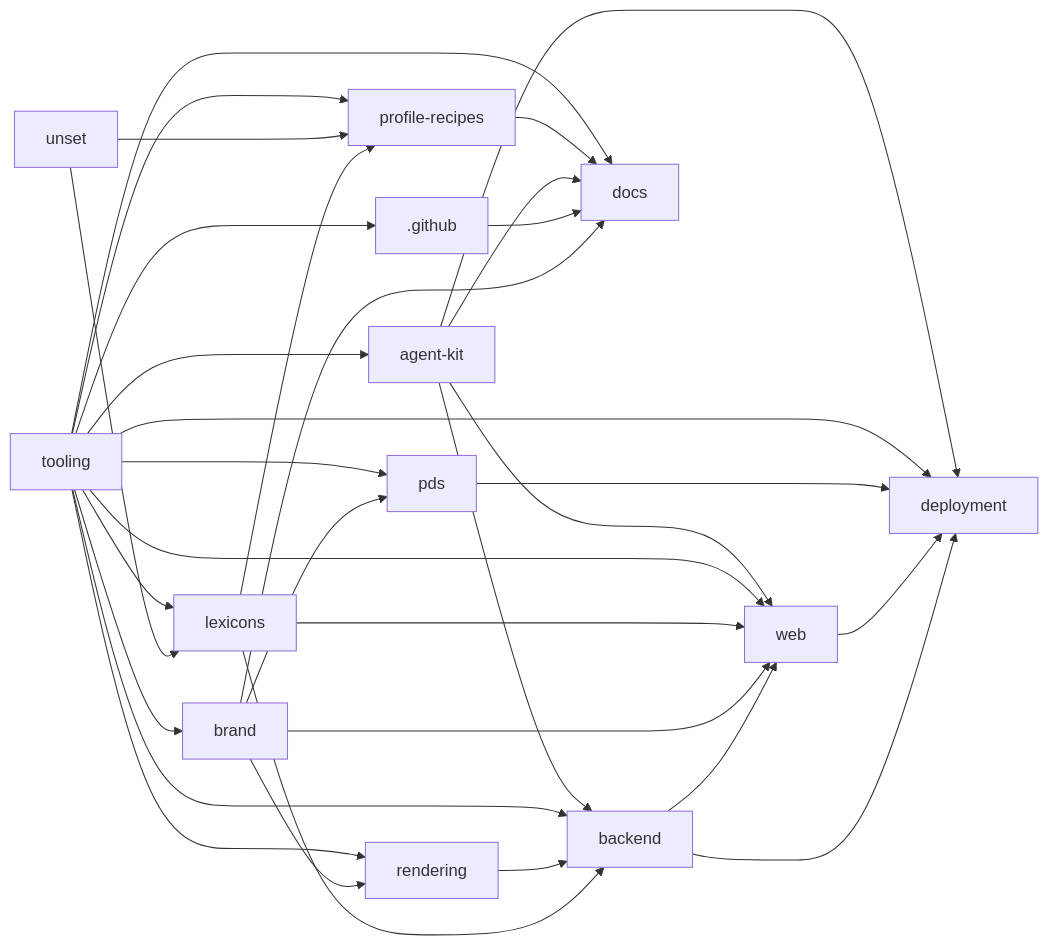
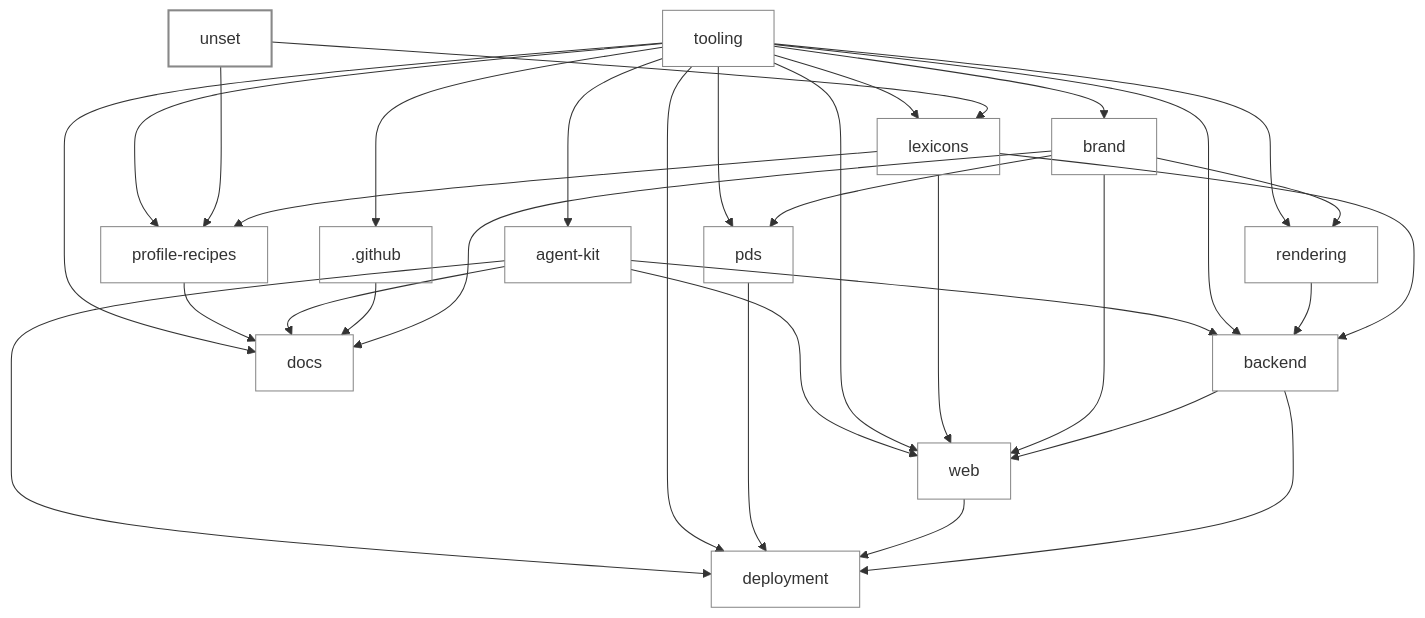
Before and after one commit to unset-sh/.github: the diagram in MAP.md, drawn with Mermaid. The commit also changed other lines of this file and 18 other files, not shown here.

````diff
--- a/MAP.md
+++ b/MAP.md
@@ -33,47 +69,50 @@
 ```mermaid
-flowchart LR
+flowchart TB
   r_web["web"]
   r_backend["backend"]
   r_deployment["deployment"]
   r_unset["unset"]
   r__github[".github"]
   r_tooling["tooling"]
   r_brand["brand"]
   r_rendering["rendering"]
   r_profile_recipes["profile-recipes"]
   r_docs["docs"]
   r_pds["pds"]
   r_lexicons["lexicons"]
   r_agent_kit["agent-kit"]
   r_backend --> r_web
   r_brand --> r_web
   r_lexicons --> r_web
   r_tooling --> r_web
   r_agent_kit --> r_web
   r_lexicons --> r_backend
   r_rendering --> r_backend
   r_tooling --> r_backend
   r_agent_kit --> r_backend
   r_backend --> r_deployment
   r_web --> r_deployment
   r_pds --> r_deployment
   r_tooling --> r_deployment
   r_agent_kit --> r_deployment
   r_tooling --> r__github
   r_tooling --> r_brand
   r_brand --> r_rendering
   r_tooling --> r_rendering
   r_lexicons --> r_profile_recipes
   r_unset --> r_profile_recipes
   r_tooling --> r_profile_recipes
   r_brand --> r_docs
   r__github --> r_docs
   r_agent_kit --> r_docs
   r_profile_recipes --> r_docs
   r_tooling --> r_docs
   r_brand --> r_pds
   r_tooling --> r_pds
   r_unset --> r_lexicons
   r_tooling --> r_lexicons
   r_tooling --> r_agent_kit
+  classDef default fill:transparent,stroke:#888,stroke-width:1px
+  classDef uncreated fill:transparent,stroke:#888,stroke-width:1px,stroke-dasharray:5 4
+  style r_unset stroke-width:2px
 ```
````
